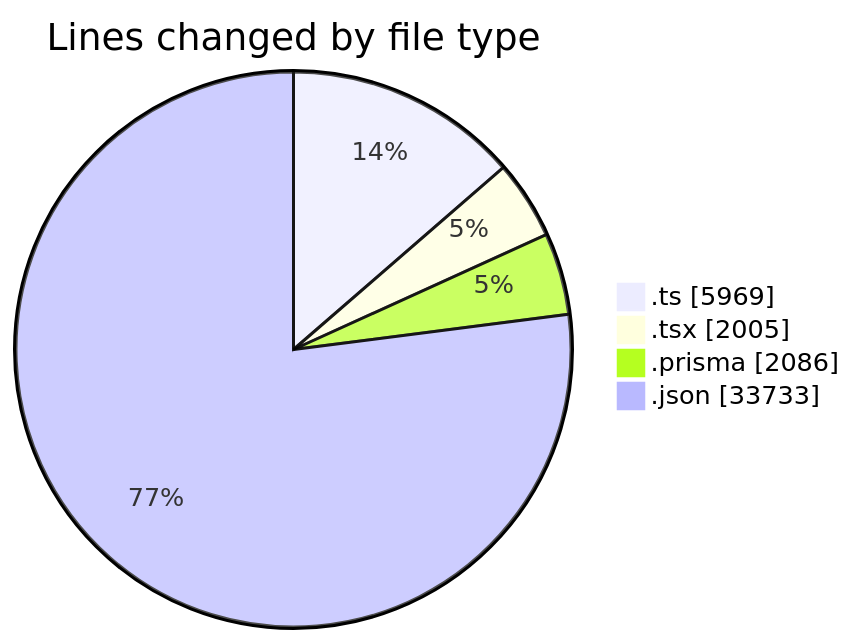
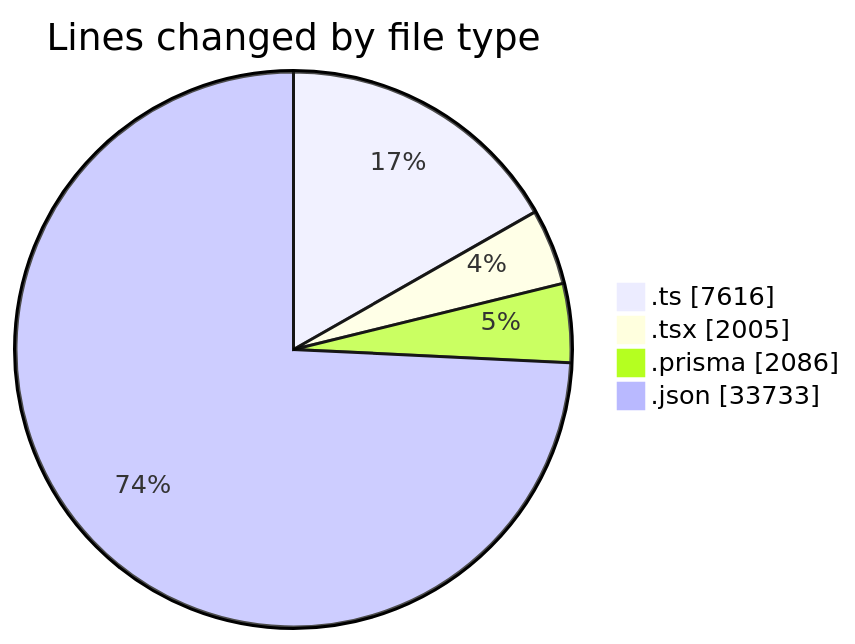
The first of 2 diagrams in 2025-05-19/ecodeli-1/README.md (CELIANVF/code-tracking), drawn with Mermaid before and after one commit. The commit also changed other lines of this file and 1 other file, not shown here.

````diff
--- a/2025-05-19/ecodeli-1/README.md
+++ b/2025-05-19/ecodeli-1/README.md
@@ -47,8 +48,8 @@
 ```mermaid
 pie showData
 title Lines changed by file type
-".ts" : 5969
+".ts" : 7616
 ".tsx" : 2005
 ".prisma" : 2086
 ".json" : 33733
 ```
````
